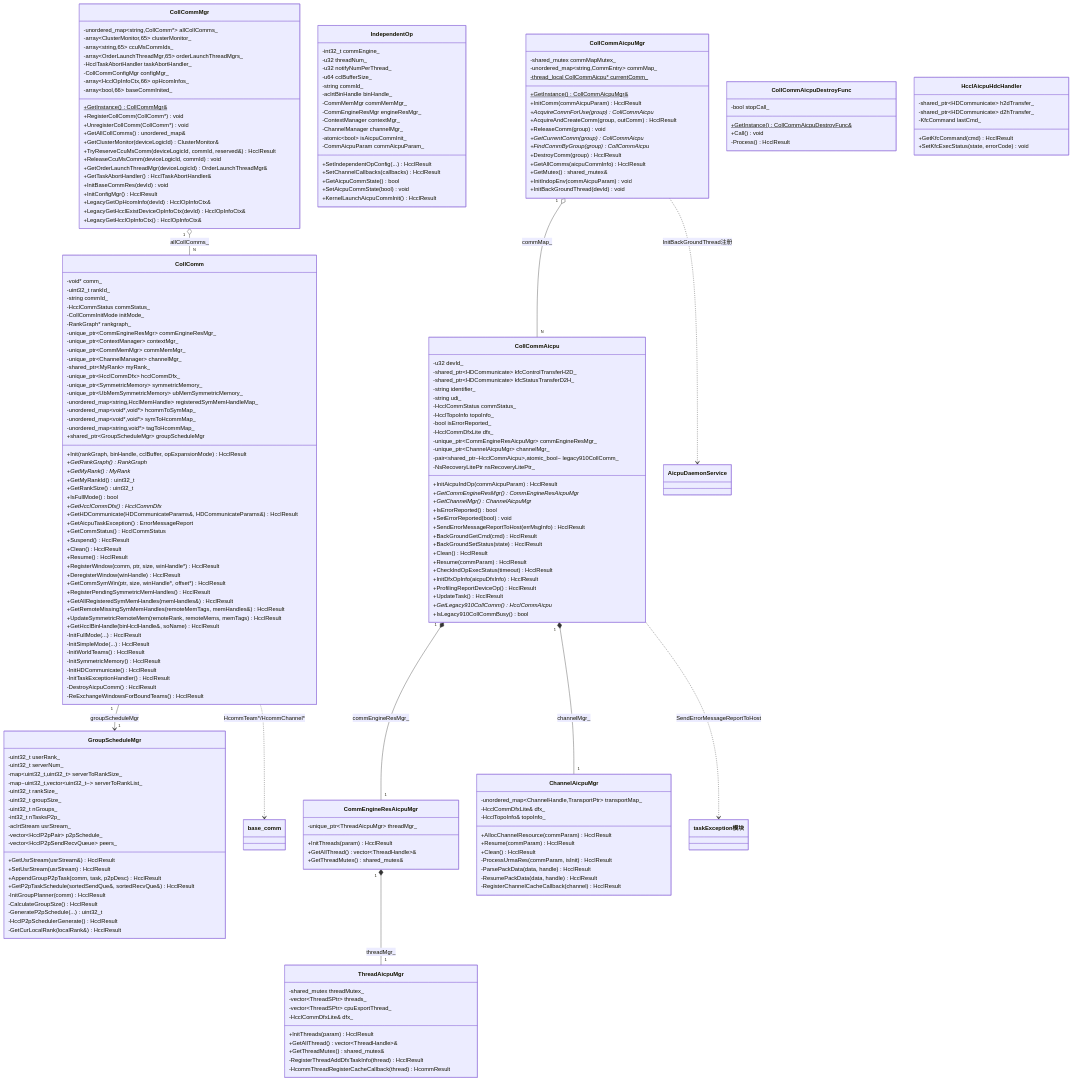
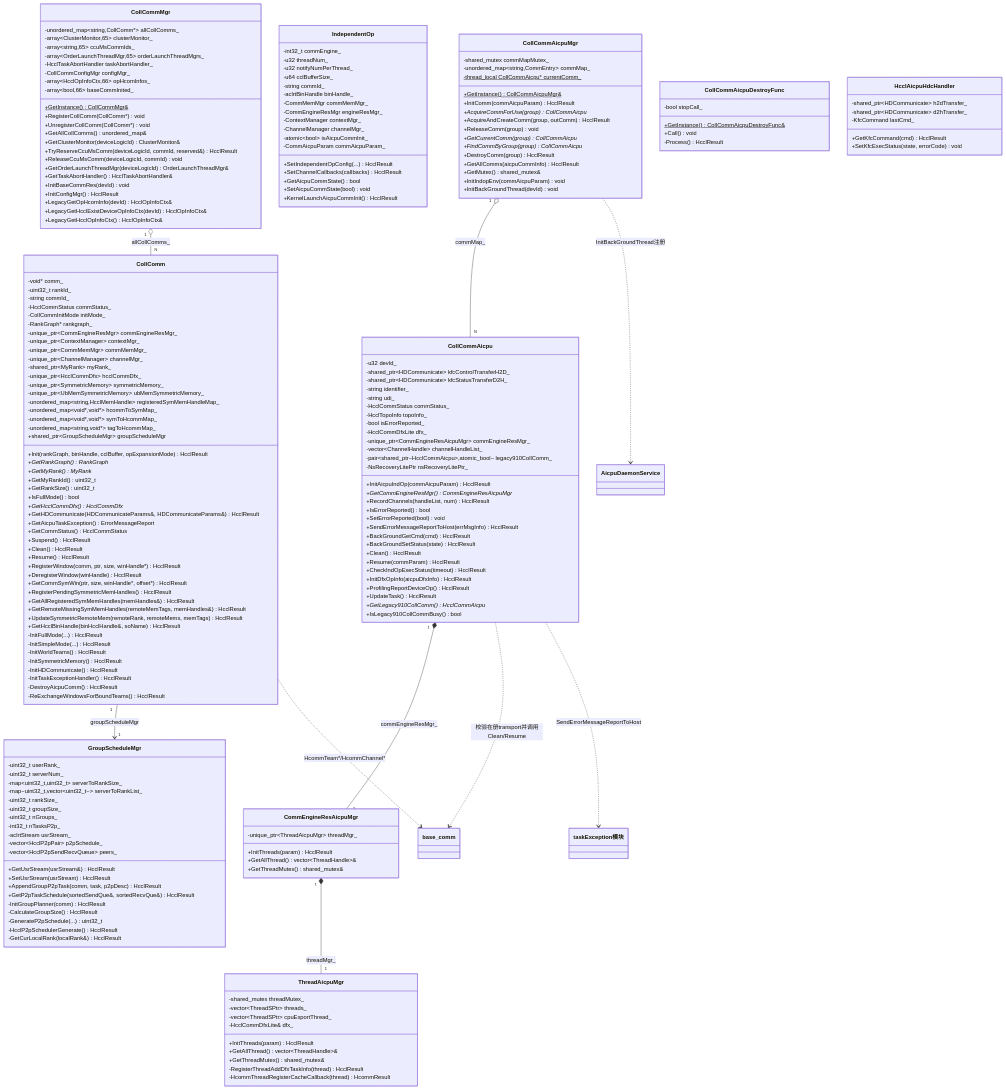
One commit to Atlas-Ascend-Fork/hcomm changed diagram 12 of 12 in src/coll_communicator_mgr/communicator/communicator.md. Above: the diagram before and after it, drawn with Mermaid. The commit also changed other lines of this file and 4 other files, not shown here.

```diff
--- a/src/coll_communicator_mgr/communicator/communicator.md
+++ b/src/coll_communicator_mgr/communicator/communicator.md
@@ -664,12 +656,12 @@
         -bool isErrorReported_
         -HcclCommDfxLite dfx_
         -unique_ptr~CommEngineResAicpuMgr~ commEngineResMgr_
-        -unique_ptr~ChannelAicpuMgr~ channelMgr_
+        -vector~ChannelHandle~ channelHandleList_
         -pair~shared_ptr~HcclCommAicpu~,atomic_bool~ legacy910CollComm_
         -NsRecoveryLitePtr nsRecoveryLitePtr_
         +InitAicpuIndOp(commAicpuParam) HcclResult
         +GetCommEngineResMgr() CommEngineResAicpuMgr*
-        +GetChannelMgr() ChannelAicpuMgr*
+        +RecordChannels(handleList, num) HcclResult
         +IsErrorReported() bool
         +SetErrorReported(bool) void
         +SendErrorMessageReportToHost(errMsgInfo) HcclResult
@@ -722,19 +714,6 @@
         -HcommThreadRegisterCacheCallback(thread) HcommResult
     }
 
-    class ChannelAicpuMgr {
-        -unordered_map~ChannelHandle,TransportPtr~ transportMap_
-        -HcclCommDfxLite& dfx_
-        -HcclTopoInfo& topoInfo_
-        +AllocChannelResource(commParam) HcclResult
-        +Resume(commParam) HcclResult
-        +Clean() HcclResult
-        -ProcessUrmaRes(commParam, isInit) HcclResult
-        -ParsePackData(data, handle) HcclResult
-        -ResumePackData(data, handle) HcclResult
-        -RegisterChannelCacheCallback(channel) HcclResult
-    }
-
     class CollCommAicpuDestroyFunc {
         -bool stopCall_
         +GetInstance() CollCommAicpuDestroyFunc&$
@@ -754,7 +733,7 @@
     CollComm "1" --> "1" GroupScheduleMgr : groupScheduleMgr
     CollCommAicpuMgr "1" o-- "N" CollCommAicpu : commMap_
     CollCommAicpu "1" *-- "1" CommEngineResAicpuMgr : commEngineResMgr_
-    CollCommAicpu "1" *-- "1" ChannelAicpuMgr : channelMgr_
+    CollCommAicpu ..> base_comm : 校验在册transport并调用Clean/Resume
     CommEngineResAicpuMgr "1" *-- "1" ThreadAicpuMgr : threadMgr_
     CollComm ..> base_comm : HcommTeam*/HcommChannel*
     CollCommAicpu ..> taskException模块 : SendErrorMessageReportToHost
```
